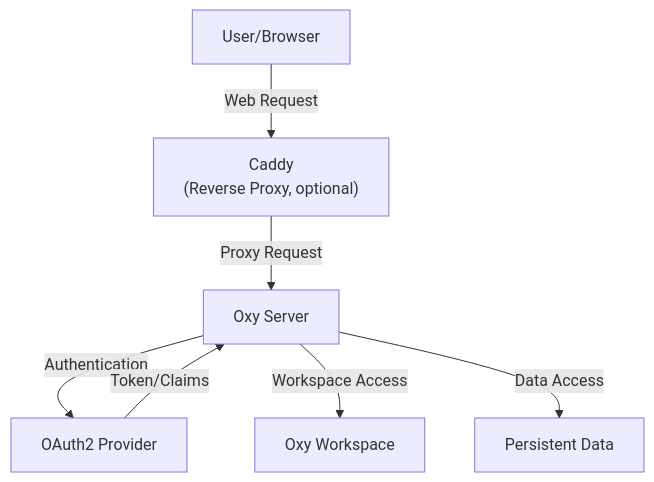
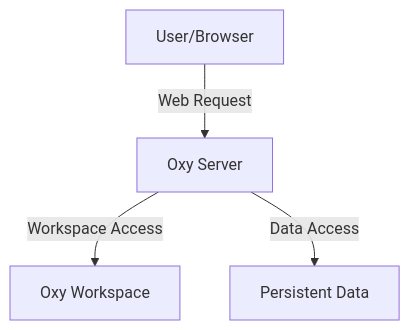
Before and after one commit to oxy-hq/oxy: the second of 2 diagrams in docs/deployment/overview.mdx, drawn with Mermaid. The commit also changed other lines of this file and 20 other files, not shown here.

Commit message:
docs: add reference architecture and improve authentication documentation (#897)

````diff
--- a/docs/deployment/overview.mdx
+++ b/docs/deployment/overview.mdx
@@ -74,16 +63,11 @@
 ```mermaid
 flowchart TD
     User[User/Browser]
-    ReverseProxy["Caddy<br/>(Reverse Proxy, optional)"]
     OxyServer[Oxy Server]
-    OAuth2[OAuth2 Provider]
     Workspace[Oxy Workspace]
     Data[Persistent Data]
 
-    User -->|Web Request| ReverseProxy
-    ReverseProxy -->|Proxy Request| OxyServer
-    OxyServer -->|Authentication| OAuth2
-    OAuth2 -->|Token/Claims| OxyServer
+    User -->|Web Request| OxyServer
     OxyServer -->|Workspace Access| Workspace
     OxyServer -->|Data Access| Data
 ```
````
